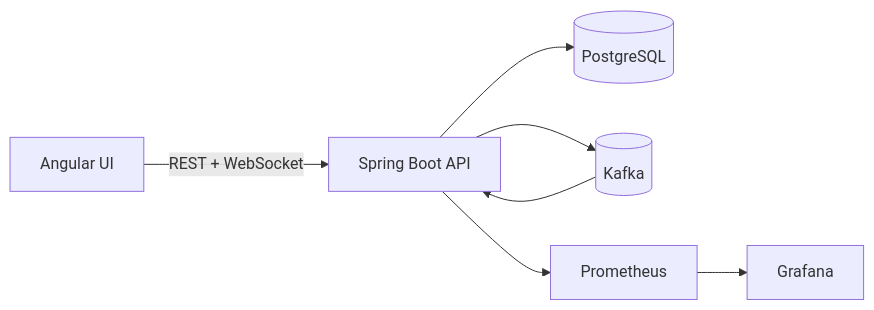
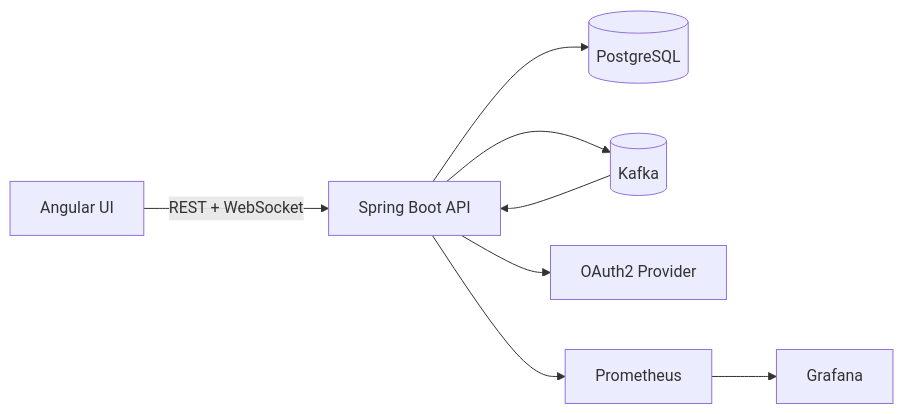
The diagram in Real-Time Chat & Collaboration Platform/README.md (MirceaStefanescu/Portofolio), drawn with Mermaid before and after one commit. The commit also changed 1 other file, not shown here.

Commit message:
docs: refine architecture diagrams for devsecops and chat

````diff
--- a/Real-Time Chat & Collaboration Platform/README.md
+++ b/Real-Time Chat & Collaboration Platform/README.md
@@ -58,9 +58,10 @@
 ```mermaid
 flowchart LR
   UI[Angular UI] -->|REST + WebSocket| API[Spring Boot API]
   API --> Postgres[(PostgreSQL)]
   API --> Kafka[(Kafka)]
   Kafka --> API
+  API --> OAuth[OAuth2 Provider]
   API --> Prometheus[Prometheus]
   Prometheus --> Grafana[Grafana]
 ```
````
